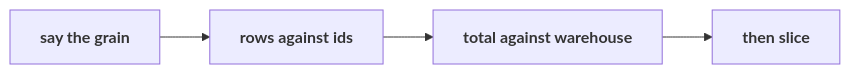
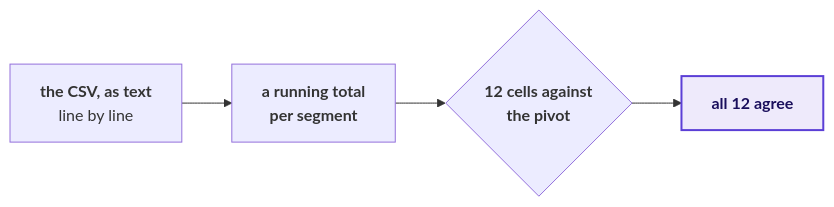
Before and after one commit to fde-academy-lab/c2-content-factory: the tenth of 26 diagrams in content/W02/D5/slides/C2_W02_D05_half1_STUDENT.md, drawn with Mermaid. The commit also changed other lines of this file and 5 other files, not shown here.

````diff
--- a/content/W02/D5/slides/C2_W02_D05_half1_STUDENT.md
+++ b/content/W02/D5/slides/C2_W02_D05_half1_STUDENT.md
@@ -388,4 +439,8 @@
 ```mermaid
 flowchart LR
-    A["<b>say the grain</b>"] --> B["<b>rows against ids</b>"] --> C["<b>total against warehouse</b>"] --> D["<b>then slice</b>"]
+    C["<b>the CSV, as text</b><br/>line by line"] --> T["<b>a running total<br/>per segment</b>"]
+    T --> K{"<b>12 cells against<br/>the pivot</b>"}
+    K --> P["<b>all 12 agree</b>"]
+    classDef known fill:#EEEAFB,stroke:#5B3FD6,color:#1A0F5C,stroke-width:2px
+    class P known
 ```
````
